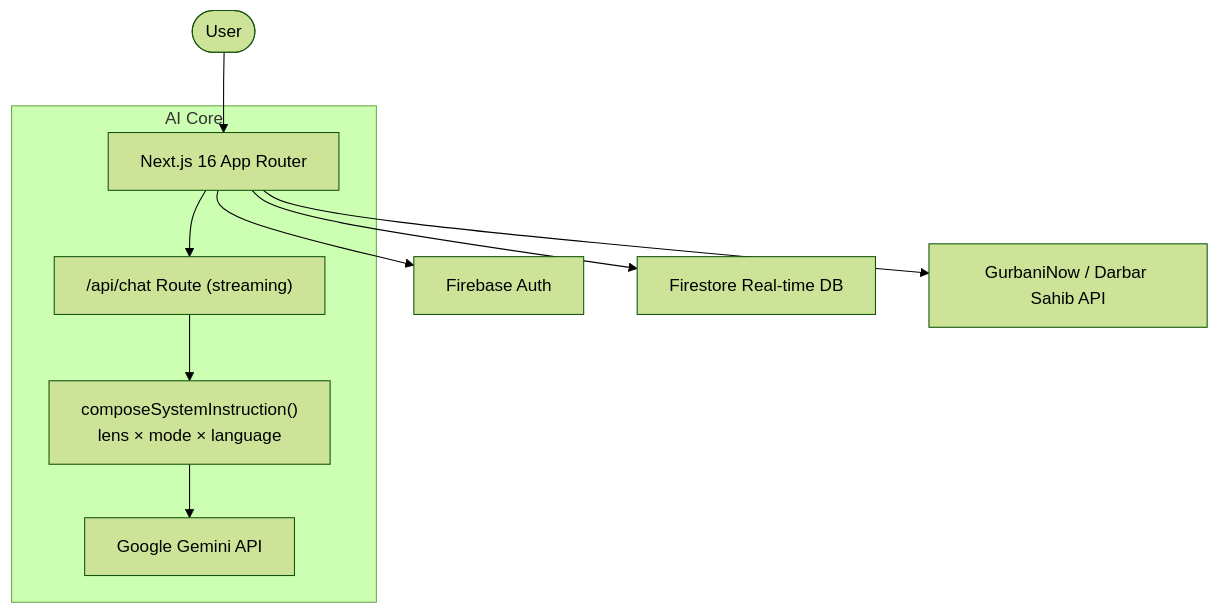
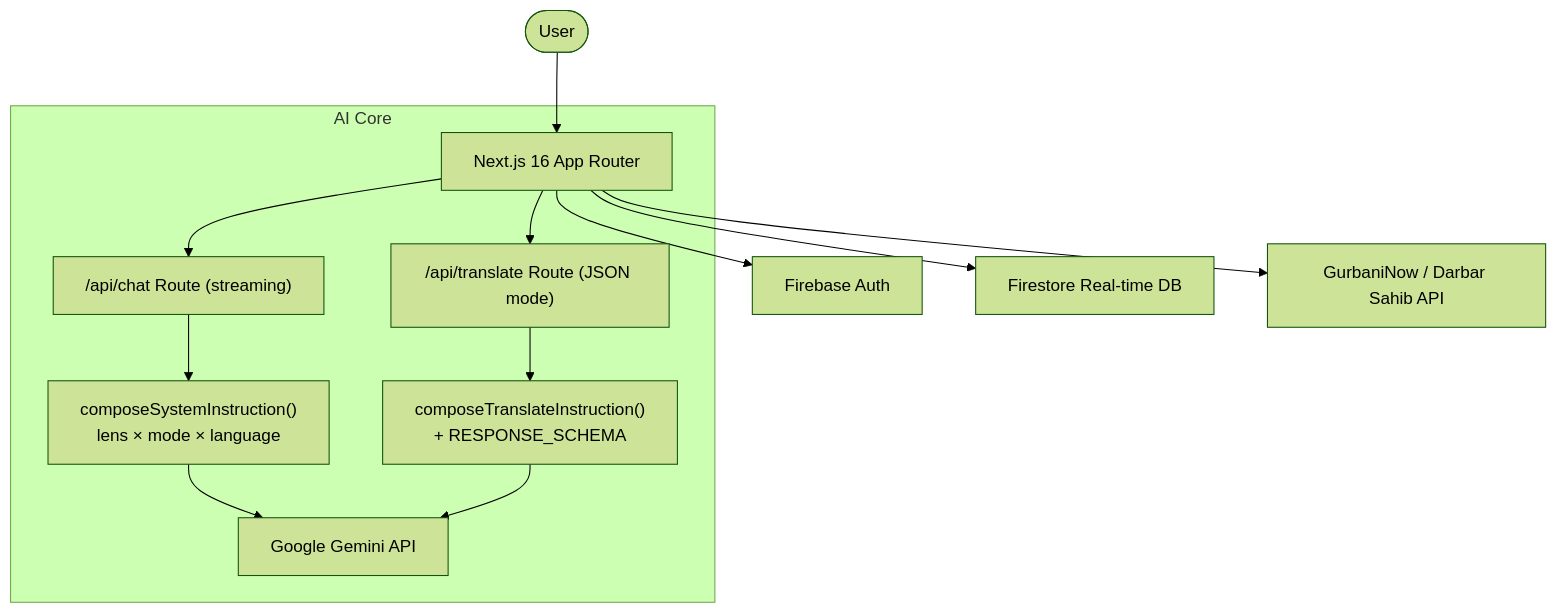
One commit to rohan1234usa/sikh-ai changed the diagram in README.md. Above: the diagram before and after it, drawn with Mermaid (forest theme). The commit also changed other lines of this file and 26 other files, not shown here.

````diff
--- a/README.md
+++ b/README.md
@@ -34,13 +35,16 @@
 ```mermaid
 graph TD
     User([User]) --> Next[Next.js 16 App Router]
     Next --> Auth[Firebase Auth]
     Next --> DB[Firestore Real-time DB]
     Next --> Hukam[GurbaniNow / Darbar Sahib API]
 
     subgraph "AI Core"
     Next --> Route["/api/chat Route (streaming)"]
     Route --> Compose["composeSystemInstruction()<br/>lens × mode × language"]
+    Next --> TRoute["/api/translate Route (JSON mode)"]
+    TRoute --> TCompose["composeTranslateInstruction()<br/>+ RESPONSE_SCHEMA"]
     Compose --> Gemini[Google Gemini API]
+    TCompose --> Gemini
     end
 ```
````
